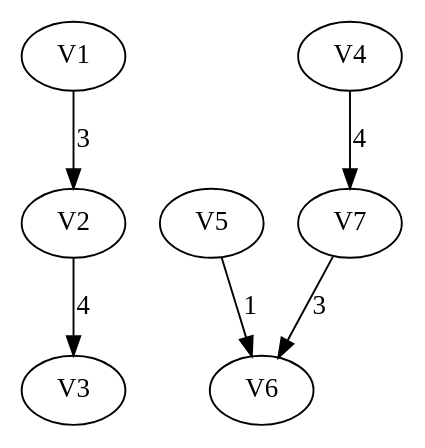
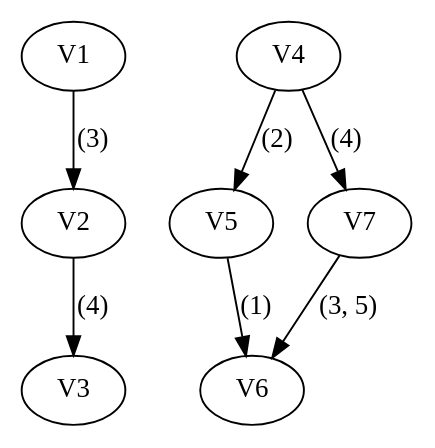
One commit to py-why/dowhy changed the diagram in docs/source/example_notebooks/datasets/temporal_graph.dot. Above: the diagram before and after it, drawn with Graphviz.

Commit message:
multiple time lags : dot file

```diff
--- a/docs/source/example_notebooks/datasets/temporal_graph.dot
+++ b/docs/source/example_notebooks/datasets/temporal_graph.dot
@@ -1,7 +1,8 @@
 digraph G {
-    V1 -> V2 [label=3];
-    V2 -> V3 [label=4];
-    V5 -> V6 [label=1];
-    V4 -> V7 [label=4];
-    V7 -> V6 [label=3];
+    V1 -> V2 [label="(3)"];
+    V2 -> V3 [label="(4)"];
+    V5 -> V6 [label="(1)"];
+    V4 -> V7 [label="(4)"];
+    V4 -> V5 [label="(2)"];
+    V7 -> V6 [label="(3, 5)"];
 }
```
